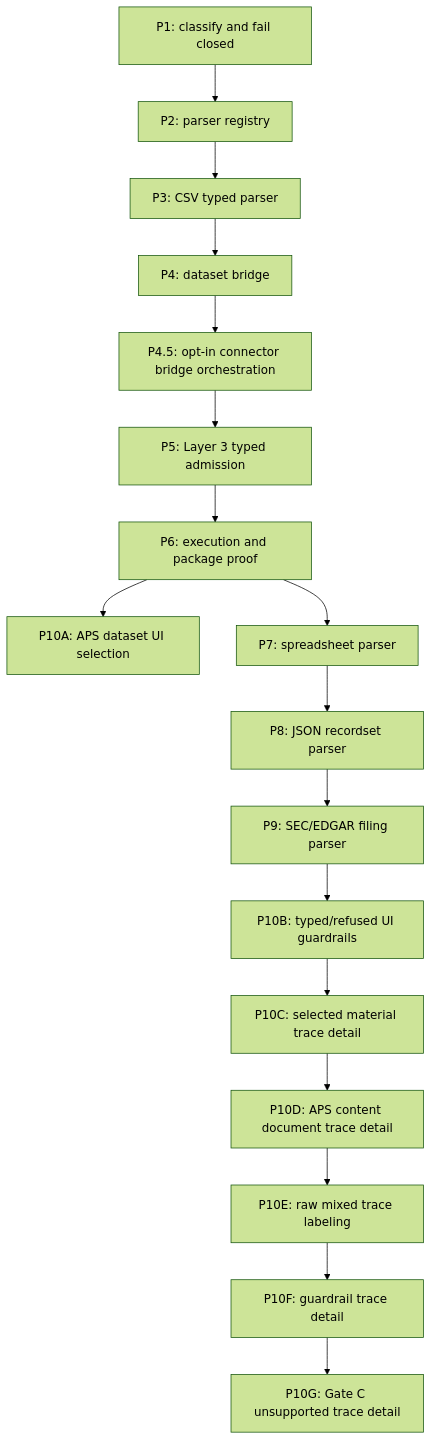
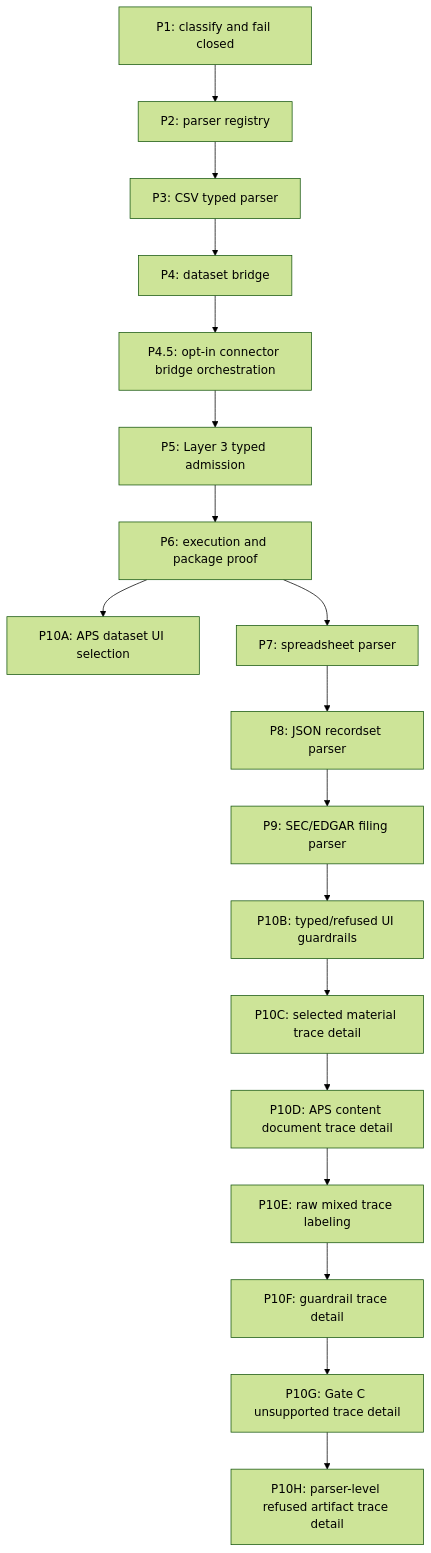
Before and after one commit to benjmcd/project6_REPO_MCP_FOLDER: the diagram in next_milestone_plans/multi-ingest/03-implementation.md, drawn with Mermaid (forest theme). The commit also changed other lines of this file and 12 other files, not shown here.

Commit message:
Trace APS refused artifact targets

````diff
--- a/next_milestone_plans/multi-ingest/03-implementation.md
+++ b/next_milestone_plans/multi-ingest/03-implementation.md
@@ -459,19 +460,20 @@
 ```mermaid
 flowchart TD
     A["P1: classify and fail closed"] --> B["P2: parser registry"]
     B --> C["P3: CSV typed parser"]
     C --> D["P4: dataset bridge"]
     D --> E["P4.5: opt-in connector bridge orchestration"]
     E --> F["P5: Layer 3 typed admission"]
     F --> G["P6: execution and package proof"]
     G --> H["P10A: APS dataset UI selection"]
     G --> I["P7: spreadsheet parser"]
     I --> J["P8: JSON recordset parser"]
     J --> K["P9: SEC/EDGAR filing parser"]
     K --> L["P10B: typed/refused UI guardrails"]
     L --> M["P10C: selected material trace detail"]
     M --> N["P10D: APS content document trace detail"]
     N --> O["P10E: raw mixed trace labeling"]
     O --> P["P10F: guardrail trace detail"]
     P --> Q["P10G: Gate C unsupported trace detail"]
+    Q --> R["P10H: parser-level refused artifact trace detail"]
 ```
````
